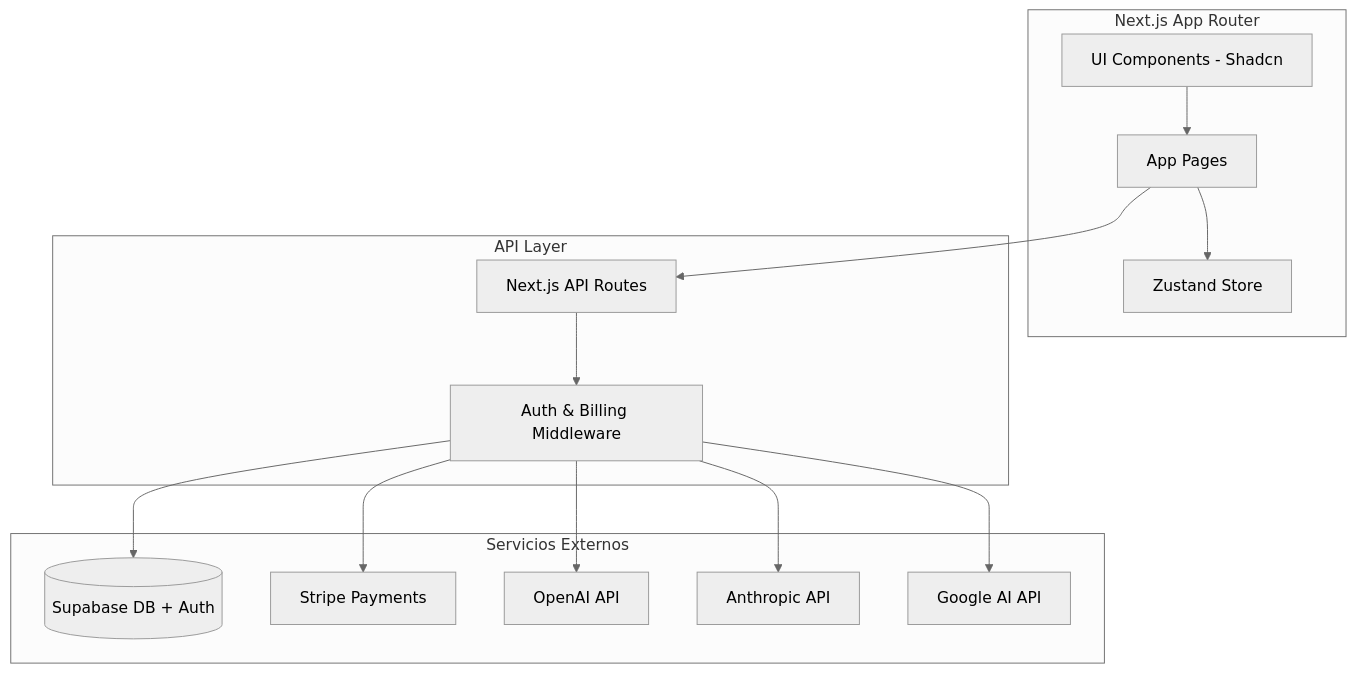
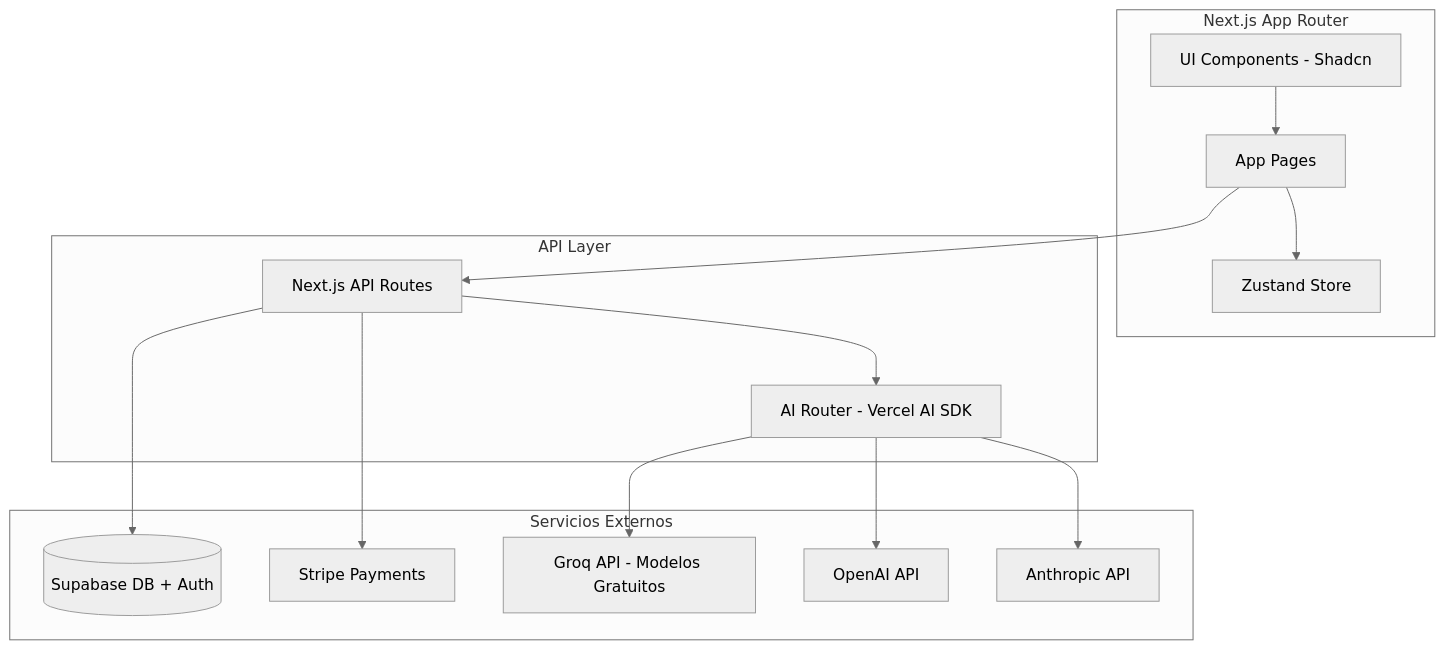
The first of 3 diagrams in plans/aether-hub-architecture.md (sebastianmalbaceda/aether-hub), drawn with Mermaid (neutral theme) before and after one commit. The commit also changed other lines of this file and 15 other files, not shown here.

````diff
--- a/plans/aether-hub-architecture.md
+++ b/plans/aether-hub-architecture.md
@@ -27,31 +34,31 @@
 ```mermaid
 graph TB
     subgraph Frontend [Next.js App Router]
         UI[UI Components - Shadcn]
         Pages[App Pages]
         Zustand[Zustand Store]
     end
     
     subgraph Backend [API Layer]
         API[Next.js API Routes]
-        Middleware[Auth & Billing Middleware]
+        Router[AI Router - Vercel AI SDK]
     end
     
     subgraph External [Servicios Externos]
         Supabase[(Supabase DB + Auth)]
         Stripe[Stripe Payments]
+        Groq[Groq API - Modelos Gratuitos]
         OpenAI[OpenAI API]
         Anthropic[Anthropic API]
-        Google[Google AI API]
     end
     
     UI --> Pages
     Pages --> API
     Pages --> Zustand
-    API --> Middleware
-    Middleware --> Supabase
-    Middleware --> Stripe
-    Middleware --> OpenAI
-    Middleware --> Anthropic
-    Middleware --> Google
+    API --> Router
+    Router --> Groq
+    Router --> OpenAI
+    Router --> Anthropic
+    API --> Supabase
+    API --> Stripe
 ```
````
